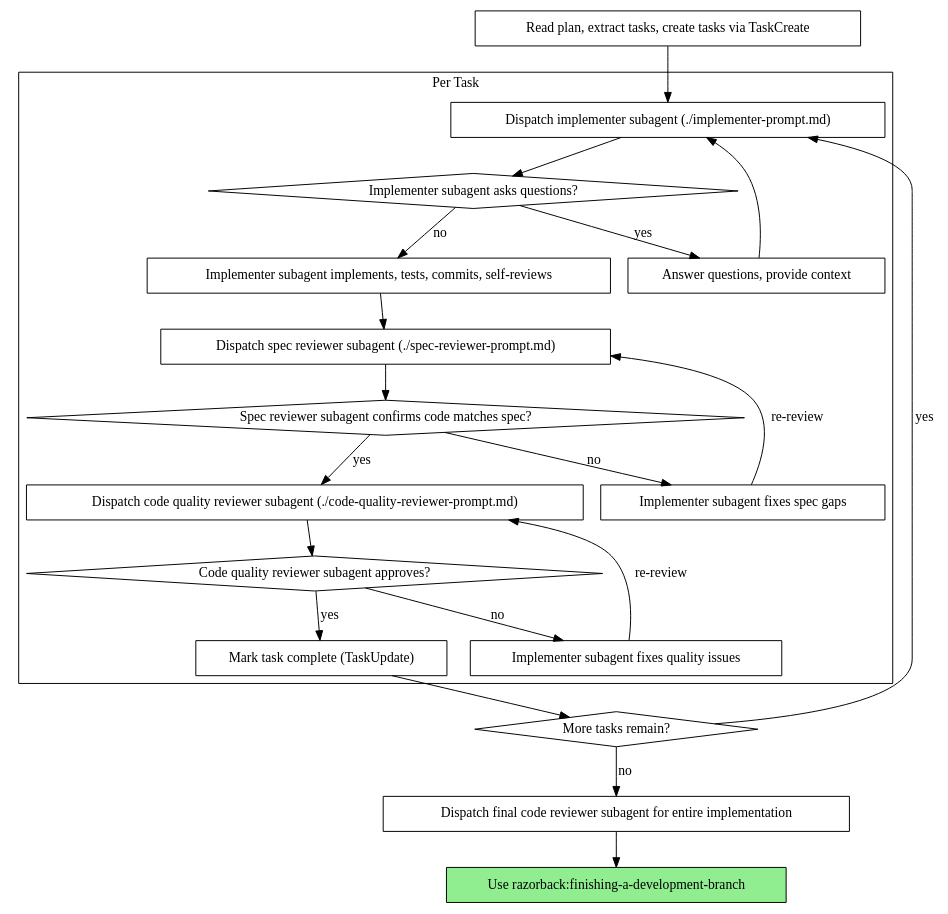
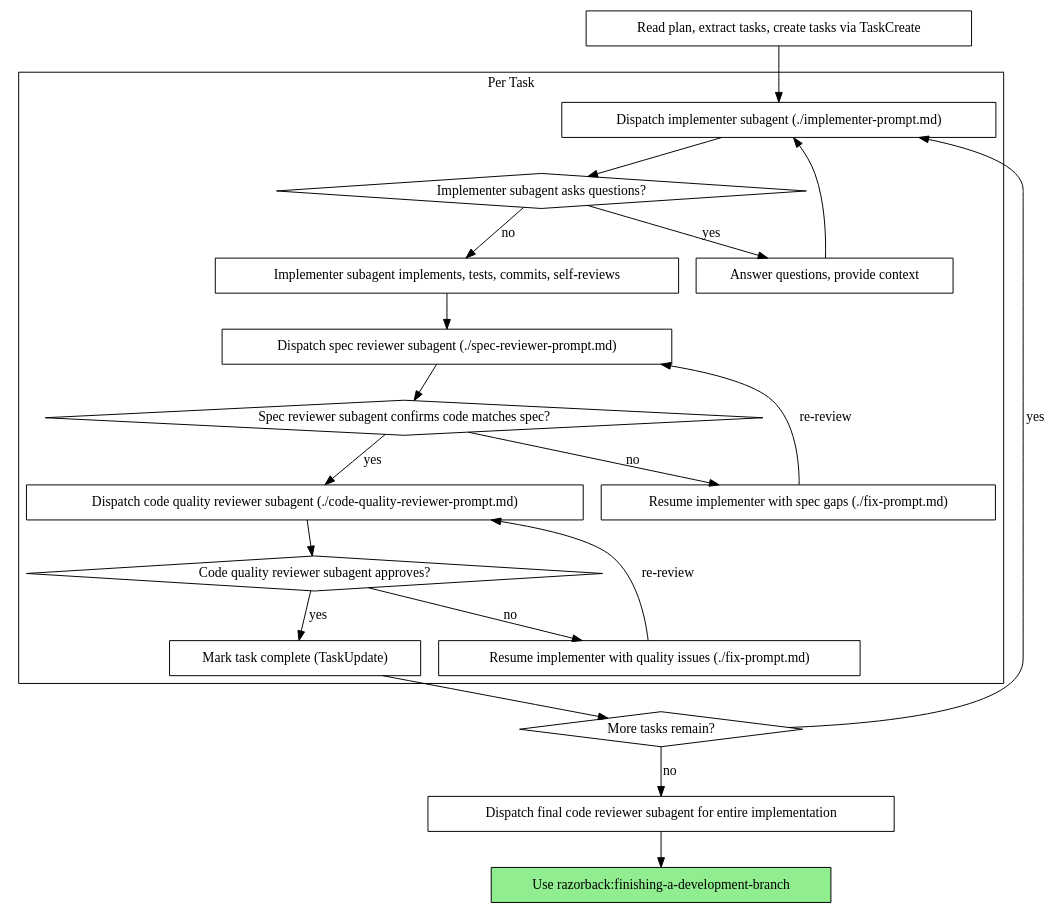
Before and after one commit to anortham/razorback: the second of 2 diagrams in skills/subagent-driven-development/SKILL.md, drawn with Graphviz. The commit also changed other lines of this file and 5 other files, not shown here.

````diff
--- a/skills/subagent-driven-development/SKILL.md
+++ b/skills/subagent-driven-development/SKILL.md
@@ -40,44 +40,44 @@
 ```dot
 digraph process {
     rankdir=TB;
 
     subgraph cluster_per_task {
         label="Per Task";
         "Dispatch implementer subagent (./implementer-prompt.md)" [shape=box];
         "Implementer subagent asks questions?" [shape=diamond];
         "Answer questions, provide context" [shape=box];
         "Implementer subagent implements, tests, commits, self-reviews" [shape=box];
         "Dispatch spec reviewer subagent (./spec-reviewer-prompt.md)" [shape=box];
         "Spec reviewer subagent confirms code matches spec?" [shape=diamond];
-        "Implementer subagent fixes spec gaps" [shape=box];
+        "Resume implementer with spec gaps (./fix-prompt.md)" [shape=box];
         "Dispatch code quality reviewer subagent (./code-quality-reviewer-prompt.md)" [shape=box];
         "Code quality reviewer subagent approves?" [shape=diamond];
-        "Implementer subagent fixes quality issues" [shape=box];
+        "Resume implementer with quality issues (./fix-prompt.md)" [shape=box];
         "Mark task complete (TaskUpdate)" [shape=box];
     }
 
     "Read plan, extract tasks, create tasks via TaskCreate" [shape=box];
     "More tasks remain?" [shape=diamond];
     "Dispatch final code reviewer subagent for entire implementation" [shape=box];
     "Use razorback:finishing-a-development-branch" [shape=box style=filled fillcolor=lightgreen];
 
     "Read plan, extract tasks, create tasks via TaskCreate" -> "Dispatch implementer subagent (./implementer-prompt.md)";
     "Dispatch implementer subagent (./implementer-prompt.md)" -> "Implementer subagent asks questions?";
     "Implementer subagent asks questions?" -> "Answer questions, provide context" [label="yes"];
     "Answer questions, provide context" -> "Dispatch implementer subagent (./implementer-prompt.md)";
     "Implementer subagent asks questions?" -> "Implementer subagent implements, tests, commits, self-reviews" [label="no"];
     "Implementer subagent implements, tests, commits, self-reviews" -> "Dispatch spec reviewer subagent (./spec-reviewer-prompt.md)";
     "Dispatch spec reviewer subagent (./spec-reviewer-prompt.md)" -> "Spec reviewer subagent confirms code matches spec?";
-    "Spec reviewer subagent confirms code matches spec?" -> "Implementer subagent fixes spec gaps" [label="no"];
-    "Implementer subagent fixes spec gaps" -> "Dispatch spec reviewer subagent (./spec-reviewer-prompt.md)" [label="re-review"];
+    "Spec reviewer subagent confirms code matches spec?" -> "Resume implementer with spec gaps (./fix-prompt.md)" [label="no"];
+    "Resume implementer with spec gaps (./fix-prompt.md)" -> "Dispatch spec reviewer subagent (./spec-reviewer-prompt.md)" [label="re-review"];
     "Spec reviewer subagent confirms code matches spec?" -> "Dispatch code quality reviewer subagent (./code-quality-reviewer-prompt.md)" [label="yes"];
     "Dispatch code quality reviewer subagent (./code-quality-reviewer-prompt.md)" -> "Code quality reviewer subagent approves?";
-    "Code quality reviewer subagent approves?" -> "Implementer subagent fixes quality issues" [label="no"];
-    "Implementer subagent fixes quality issues" -> "Dispatch code quality reviewer subagent (./code-quality-reviewer-prompt.md)" [label="re-review"];
+    "Code quality reviewer subagent approves?" -> "Resume implementer with quality issues (./fix-prompt.md)" [label="no"];
+    "Resume implementer with quality issues (./fix-prompt.md)" -> "Dispatch code quality reviewer subagent (./code-quality-reviewer-prompt.md)" [label="re-review"];
     "Code quality reviewer subagent approves?" -> "Mark task complete (TaskUpdate)" [label="yes"];
     "Mark task complete (TaskUpdate)" -> "More tasks remain?";
     "More tasks remain?" -> "Dispatch implementer subagent (./implementer-prompt.md)" [label="yes"];
     "More tasks remain?" -> "Dispatch final code reviewer subagent for entire implementation" [label="no"];
     "Dispatch final code reviewer subagent for entire implementation" -> "Use razorback:finishing-a-development-branch";
 }
 ```
````
